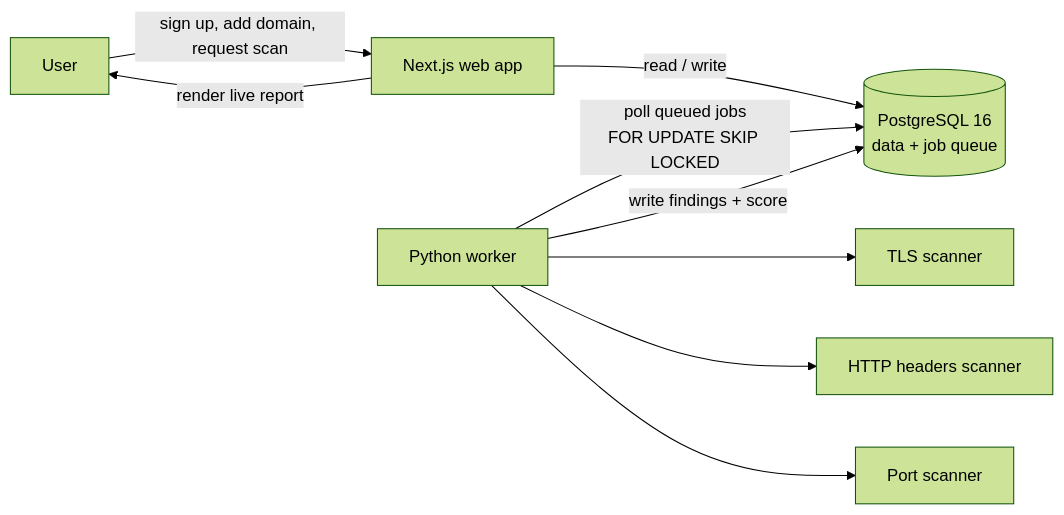
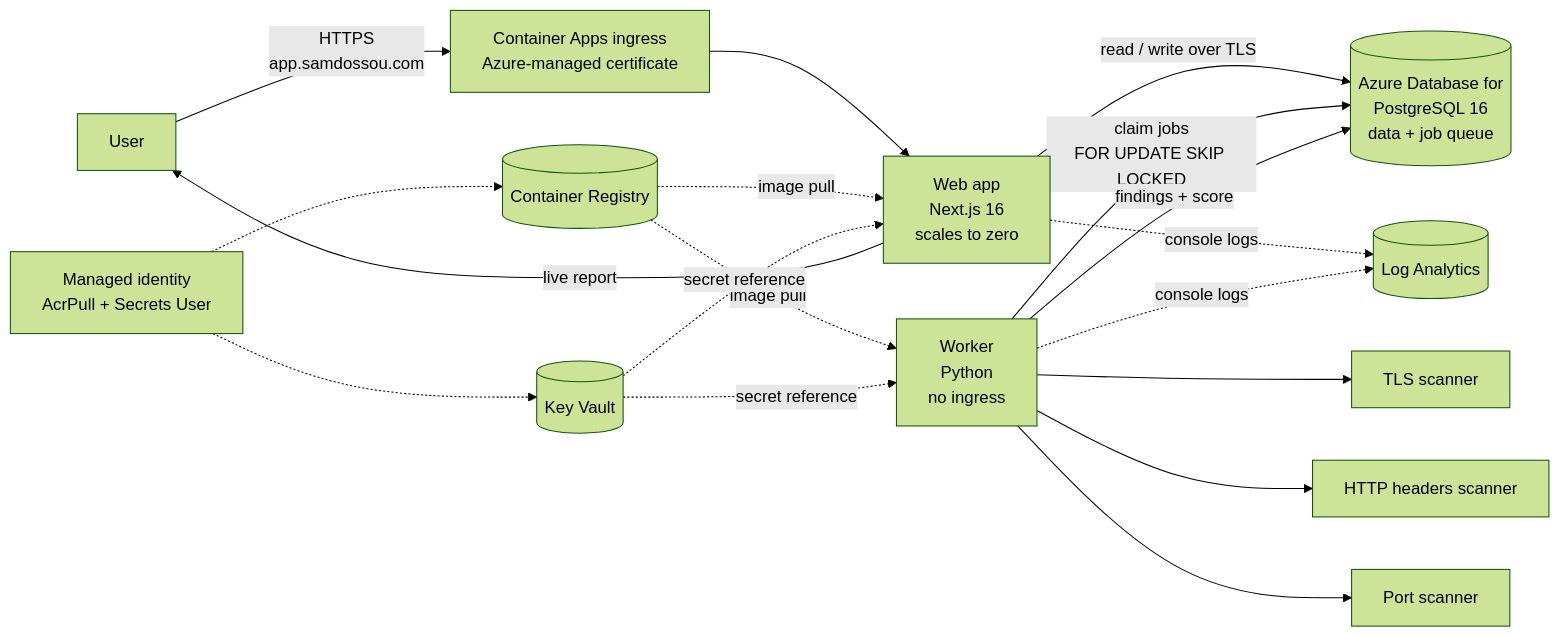
One commit to Dkls7777/postureguard changed the diagram in README.md. Above: the diagram before and after it, drawn with Mermaid (forest theme). The commit also changed other lines of this file, not shown here.

Commit message:
docs(readme): document the Azure deployment and refresh the architecture diagram

````diff
--- a/README.md
+++ b/README.md
@@ -9,11 +9,21 @@
 ```mermaid
 flowchart LR
-    U[User] -->|sign up, add domain, request scan| W[Next.js web app]
-    W -->|read / write| DB[(PostgreSQL 16<br/>data + job queue)]
-    WK[Python worker] -->|poll queued jobs<br/>FOR UPDATE SKIP LOCKED| DB
+    U[User] -->|HTTPS<br/>app.samdossou.com| ING[Container Apps ingress<br/>Azure-managed certificate]
+    ING --> W[Web app<br/>Next.js 16<br/>scales to zero]
+    W -->|read / write over TLS| DB[(Azure Database for<br/>PostgreSQL 16<br/>data + job queue)]
+    WK[Worker<br/>Python<br/>no ingress] -->|claim jobs<br/>FOR UPDATE SKIP LOCKED| DB
     WK --> S1[TLS scanner]
     WK --> S2[HTTP headers scanner]
     WK --> S3[Port scanner]
-    WK -->|write findings + score| DB
-    W -->|render live report| U
+    WK -->|findings + score| DB
+    W -->|live report| U
+
+    ACR[(Container Registry)] -.->|image pull| W
+    ACR -.->|image pull| WK
+    KV[(Key Vault)] -.->|secret reference| W
+    KV -.->|secret reference| WK
+    ID[Managed identity<br/>AcrPull + Secrets User] -.-> ACR
+    ID -.-> KV
+    W -.->|console logs| LOG[(Log Analytics)]
+    WK -.->|console logs| LOG
 ```
````
